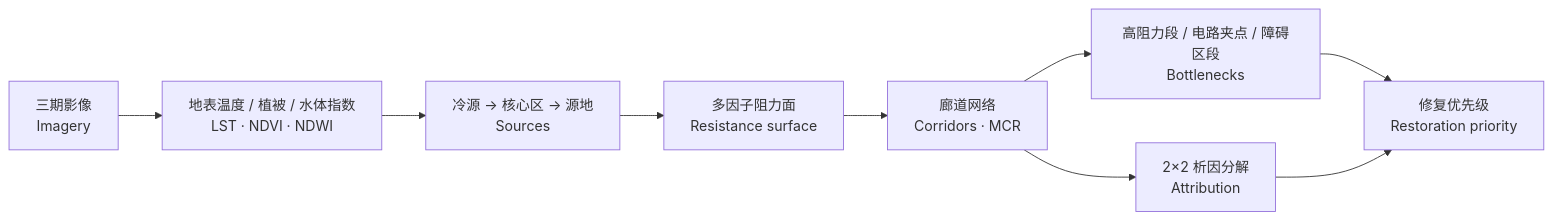
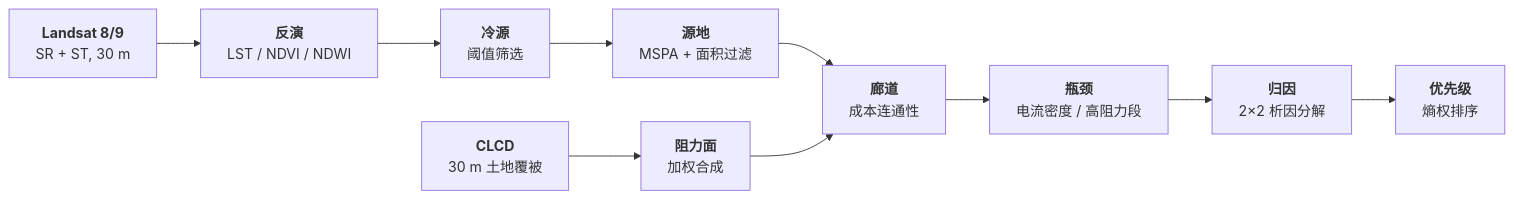
Before and after one commit to zhangyx0803/shanghai-cool-island-network: the diagram in README.md, drawn with Mermaid. The commit also changed other lines of this file, not shown here.

````diff
--- a/README.md
+++ b/README.md
@@ -43,11 +57,12 @@
 ```mermaid
 flowchart LR
-  A["三期影像<br/>Imagery"] --> B["地表温度 / 植被 / 水体指数<br/>LST · NDVI · NDWI"]
-  B --> C["冷源 → 核心区 → 源地<br/>Sources"]
-  C --> D["多因子阻力面<br/>Resistance surface"]
-  D --> E["廊道网络<br/>Corridors · MCR"]
-  E --> F["高阻力段 / 电路夹点 / 障碍区段<br/>Bottlenecks"]
-  E --> G["2×2 析因分解<br/>Attribution"]
-  F --> H["修复优先级<br/>Restoration priority"]
-  G --> H
+  A["<b>Landsat 8/9</b><br/>SR + ST, 30 m"] --> B["<b>反演</b><br/>LST / NDVI / NDWI"]
+  C["<b>CLCD</b><br/>30 m 土地覆被"] --> D["<b>阻力面</b><br/>加权合成"]
+  B --> E["<b>冷源</b><br/>阈值筛选"]
+  E --> F["<b>源地</b><br/>MSPA + 面积过滤"]
+  F --> G["<b>廊道</b><br/>成本连通性"]
+  D --> G
+  G --> H["<b>瓶颈</b><br/>电流密度 / 高阻力段"]
+  H --> I["<b>归因</b><br/>2×2 析因分解"]
+  I --> J["<b>优先级</b><br/>熵权排序"]
 ```
````
